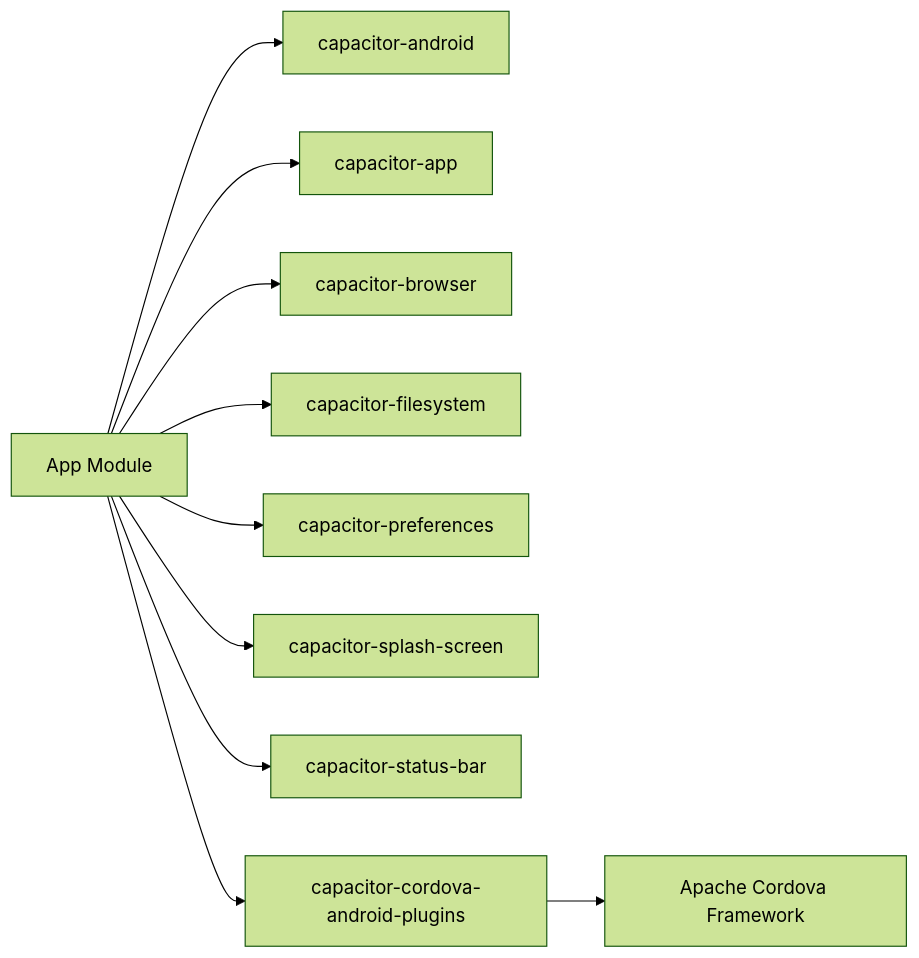
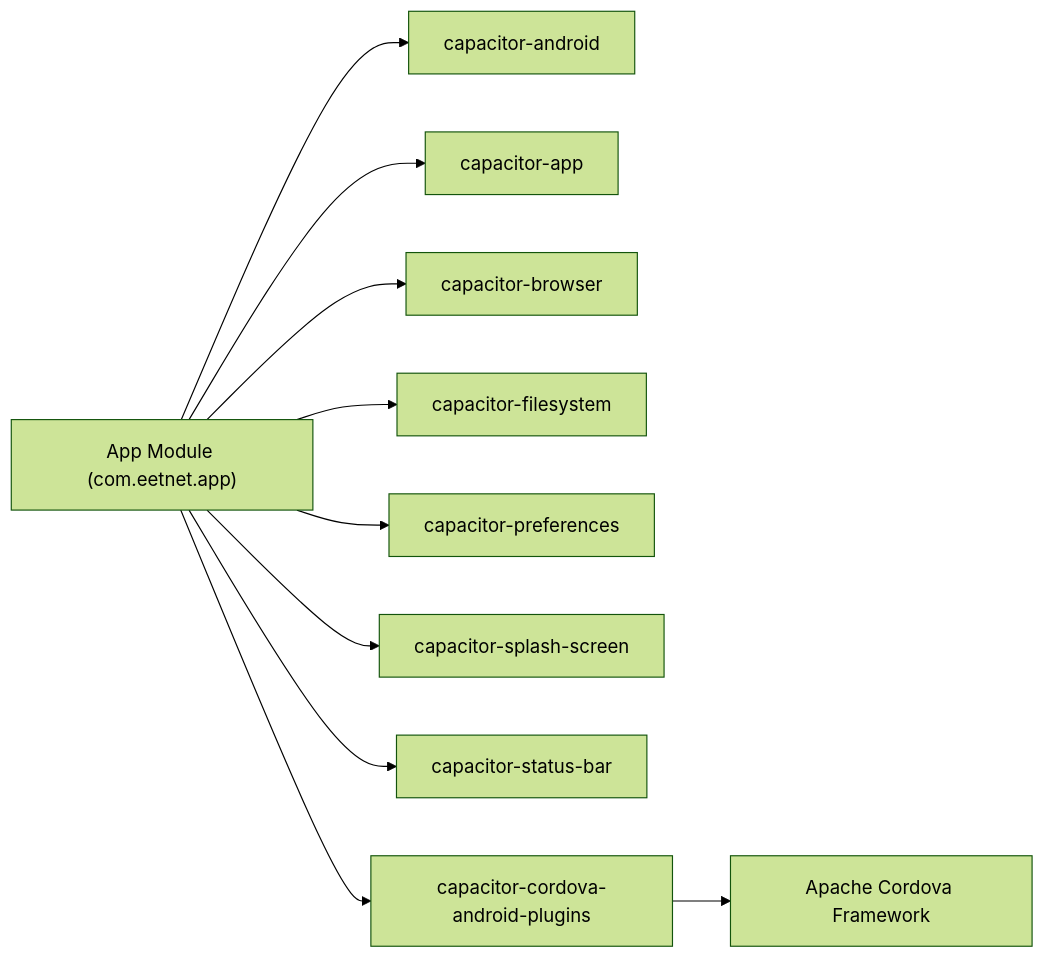
Before and after one commit to techniciansupremus-lab/Project-Anime: the second of 3 diagrams in .qoder/repowiki/en/content/Deployment & DevOps/Build Processes/Android Build Pipeline.md, drawn with Mermaid (forest theme). The commit also changed other lines of this file and 101 other files, not shown here.

````diff
--- a/.qoder/repowiki/en/content/Deployment & DevOps/Build Processes/Android Build Pipeline.md
+++ b/.qoder/repowiki/en/content/Deployment & DevOps/Build Processes/Android Build Pipeline.md
@@ -95,12 +108,12 @@
 ```mermaid
 graph LR
-App["App Module"] --> CapCore["capacitor-android"]
+App["App Module (com.eetnet.app)"] --> CapCore["capacitor-android"]
 App --> CapApp["capacitor-app"]
 App --> CapBrowser["capacitor-browser"]
 App --> CapFS["capacitor-filesystem"]
 App --> CapPrefs["capacitor-preferences"]
 App --> CapSplash["capacitor-splash-screen"]
 App --> CapStatus["capacitor-status-bar"]
 App --> CordovaLib["capacitor-cordova-android-plugins"]
 CordovaLib --> CordovaFW["Apache Cordova Framework"]
 ```
````
